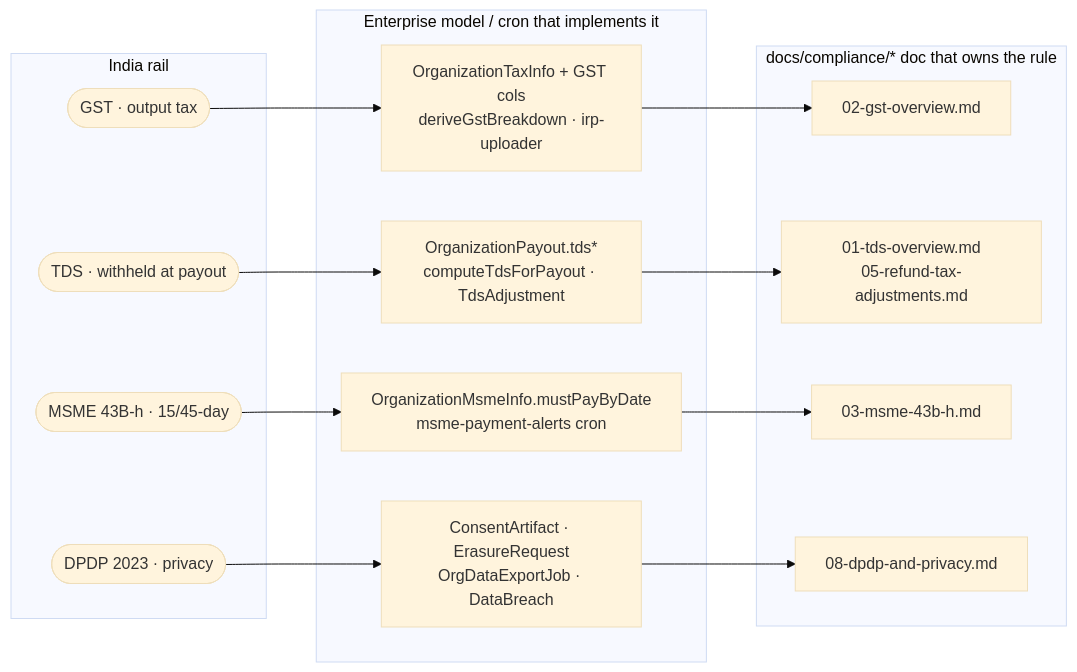
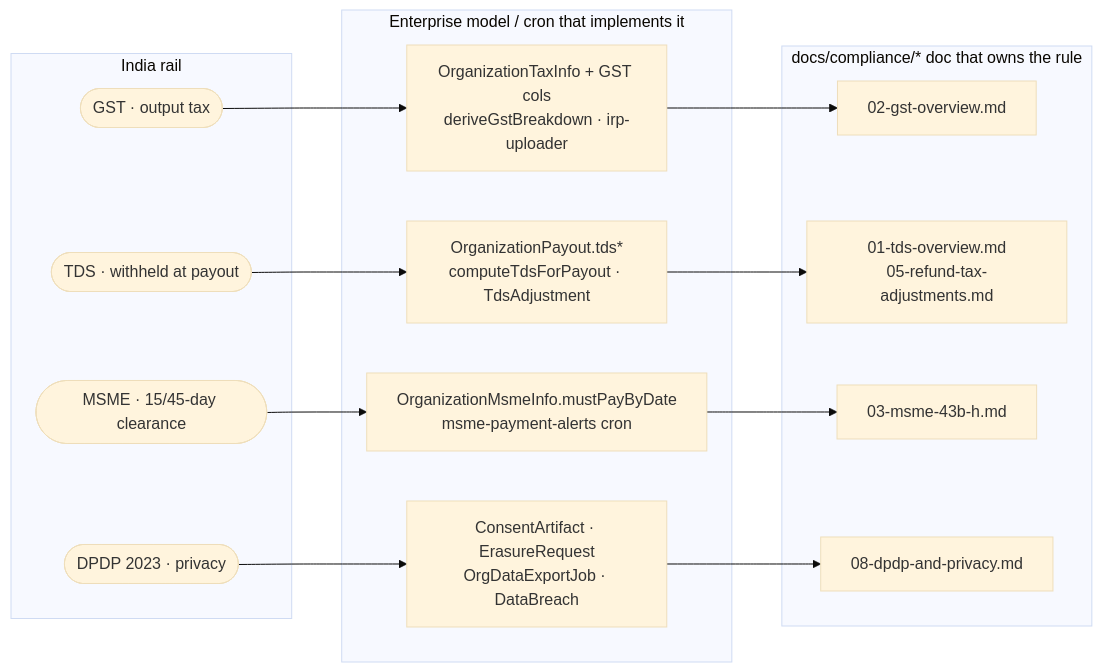
Before and after one commit to Practitionist/familiarise_web: the second of 3 diagrams in docs/enterprise/40-compliance-and-data/01-compliance-dpdp-gst-tds-msme.md, drawn with Mermaid (base theme). The commit also changed other lines of this file and 5 other files, not shown here.

````diff
--- a/docs/enterprise/40-compliance-and-data/01-compliance-dpdp-gst-tds-msme.md
+++ b/docs/enterprise/40-compliance-and-data/01-compliance-dpdp-gst-tds-msme.md
@@ -17,25 +41,25 @@
 ```mermaid
 flowchart LR
     subgraph RAILS["India rail"]
         GST([GST · output tax])
         TDS([TDS · withheld at payout])
-        MSME([MSME 43B-h · 15/45-day])
+        MSME([MSME · 15/45-day clearance])
         DPDP([DPDP 2023 · privacy])
     end
     subgraph IMPL["Enterprise model / cron that implements it"]
         GSTI["OrganizationTaxInfo + GST cols<br/>deriveGstBreakdown · irp-uploader"]
         TDSI["OrganizationPayout.tds*<br/>computeTdsForPayout · TdsAdjustment"]
         MSMEI["OrganizationMsmeInfo.mustPayByDate<br/>msme-payment-alerts cron"]
         DPDPI["ConsentArtifact · ErasureRequest<br/>OrgDataExportJob · DataBreach"]
     end
     subgraph OWNS["docs/compliance/* doc that owns the rule"]
         GSTD["02-gst-overview.md"]
         TDSD["01-tds-overview.md<br/>05-refund-tax-adjustments.md"]
         MSMED["03-msme-43b-h.md"]
         DPDPD["08-dpdp-and-privacy.md"]
     end
     GST --> GSTI --> GSTD
     TDS --> TDSI --> TDSD
     MSME --> MSMEI --> MSMED
     DPDP --> DPDPI --> DPDPD
 ```
````
